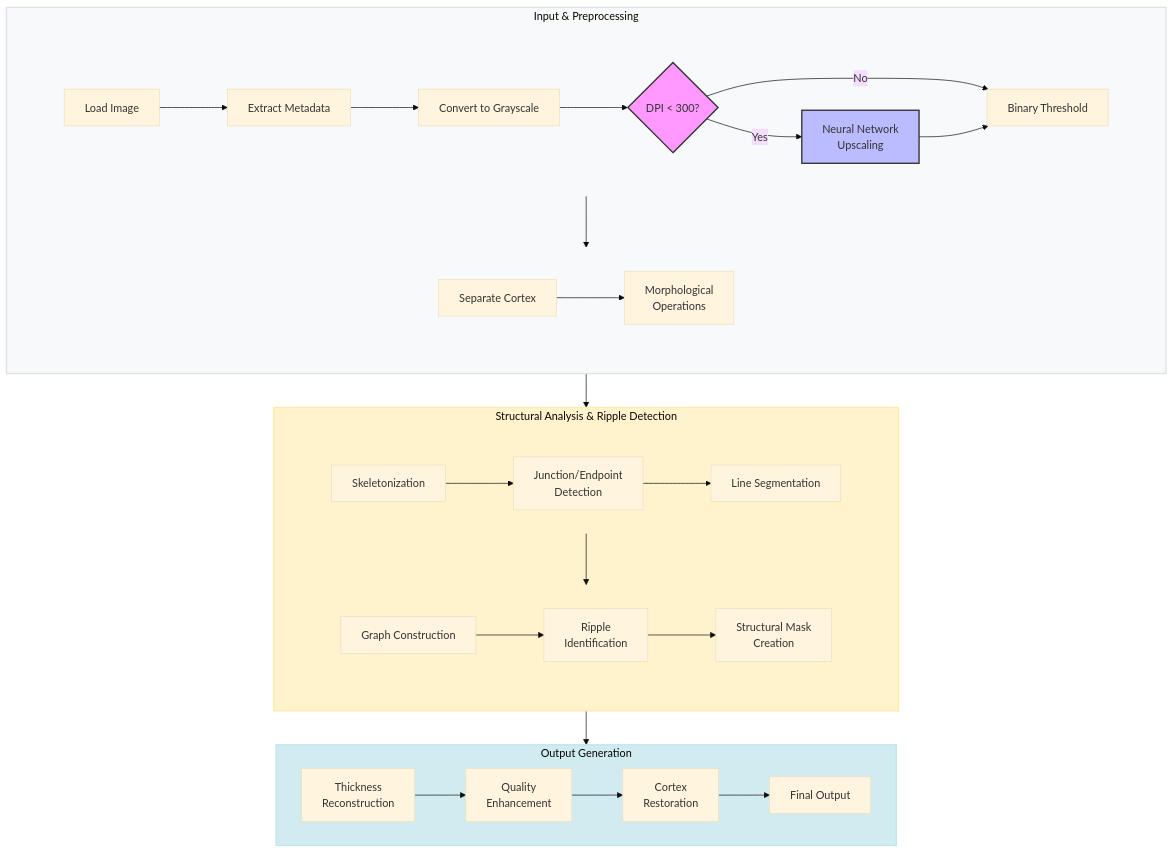
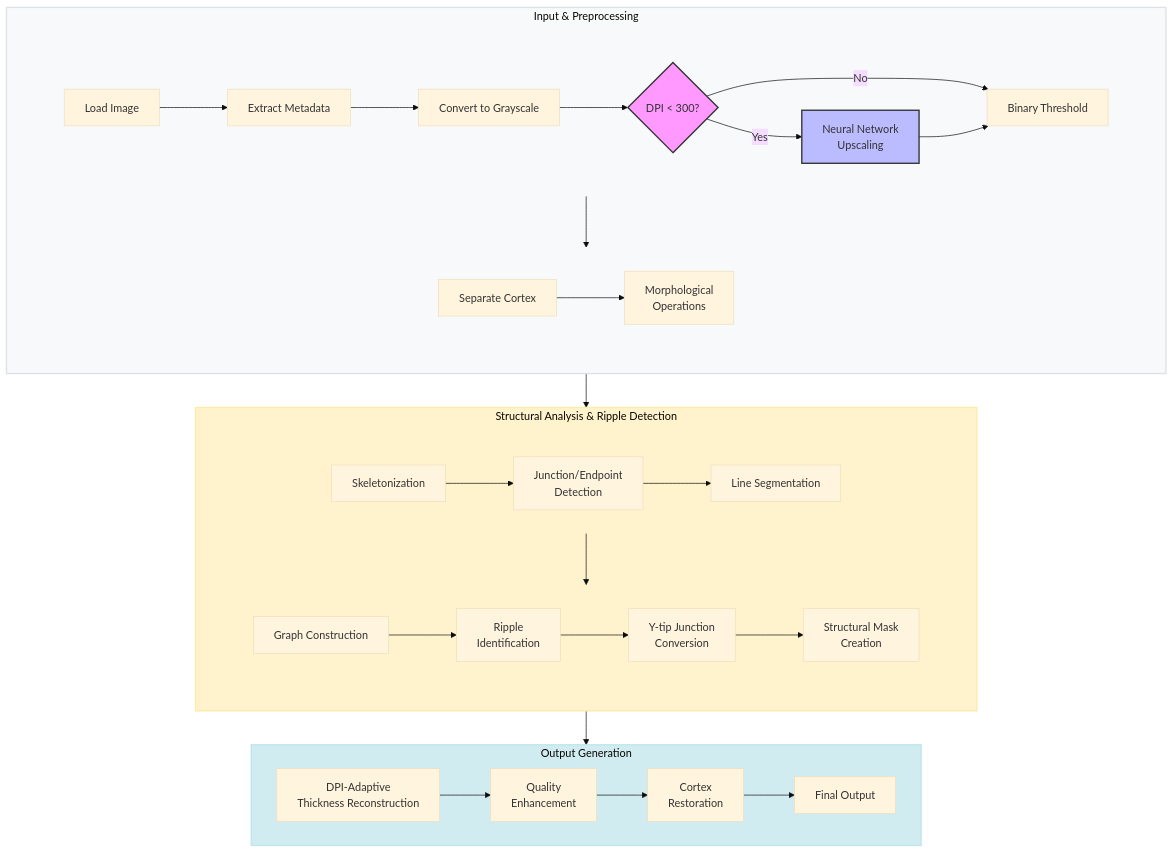
Before and after one commit to JasonGellis/lithic-editor: the diagram in docs/features.md, drawn with Mermaid (base theme). The commit also changed other lines of this file and 4 other files, not shown here.

````diff
--- a/docs/features.md
+++ b/docs/features.md
@@ -76,59 +79,60 @@
 ```mermaid
 flowchart TB
     subgraph section1 ["Input & Preprocessing"]
         direction TB
         subgraph row1a [" "]
             direction LR
             A["Load Image"] --> B["Extract Metadata"]
             B --> C["Convert to Grayscale"]
             C --> D{"`DPI < 300?`"}
             D -->|Yes| E["Neural Network<br/>Upscaling"]
             D -->|No| F["Binary Threshold"]
             E --> F
         end
 
         subgraph row1b [" "]
             direction LR
             G["Separate Cortex"] --> H["Morphological<br/>Operations"]
         end
 
         F --> G
     end
 
     subgraph section2 ["Structural Analysis & Ripple Detection"]
         direction TB
         subgraph row2a [" "]
             direction LR
             I["Skeletonization"] --> J["Junction/Endpoint<br/>Detection"]
             J --> K["Line Segmentation"]
         end
 
         subgraph row2b [" "]
             direction LR
             L["Graph Construction"] --> M["Ripple<br/>Identification"]
-            M --> N["Structural Mask<br/>Creation"]
+            M --> N["Y-tip Junction<br/>Conversion"]
+            N --> O["Structural Mask<br/>Creation"]
         end
 
         K --> L
     end
 
     subgraph section3 ["Output Generation"]
         direction LR
-        O["Thickness<br/>Reconstruction"] --> P["Quality<br/>Enhancement"]
-        P --> Q["Cortex<br/>Restoration"]
-        Q --> R["Final Output"]
+        P["DPI-Adaptive<br/>Thickness Reconstruction"] --> Q["Quality<br/>Enhancement"]
+        Q --> R["Cortex<br/>Restoration"]
+        R --> S["Final Output"]
     end
 
     H --> I
-    N --> O
+    O --> P
 
     style D fill:#f9f,stroke:#333,stroke-width:2px
     style E fill:#bbf,stroke:#333,stroke-width:2px
     style section1 fill:#f8f9fa,stroke:#dee2e6,stroke-width:2px
     style section2 fill:#fff3cd,stroke:#ffeaa7,stroke-width:2px
     style section3 fill:#d1ecf1,stroke:#bee5eb,stroke-width:2px
     style row1a fill:transparent,stroke:none
     style row1b fill:transparent,stroke:none
     style row2a fill:transparent,stroke:none
     style row2b fill:transparent,stroke:none
 ```
````
